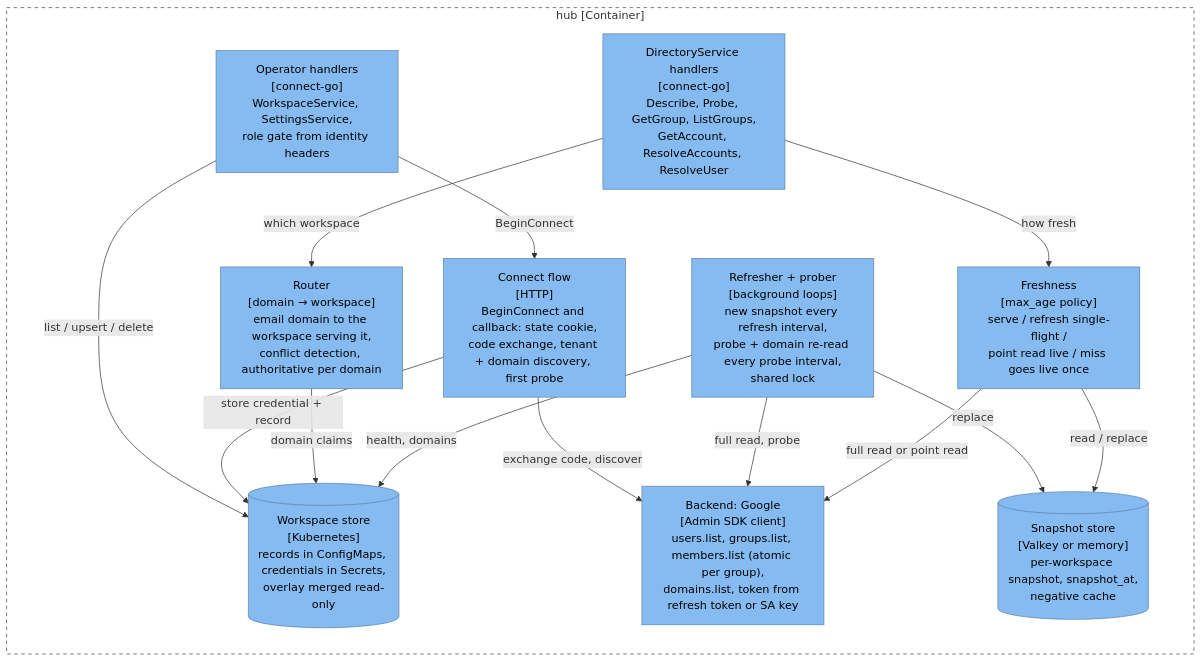
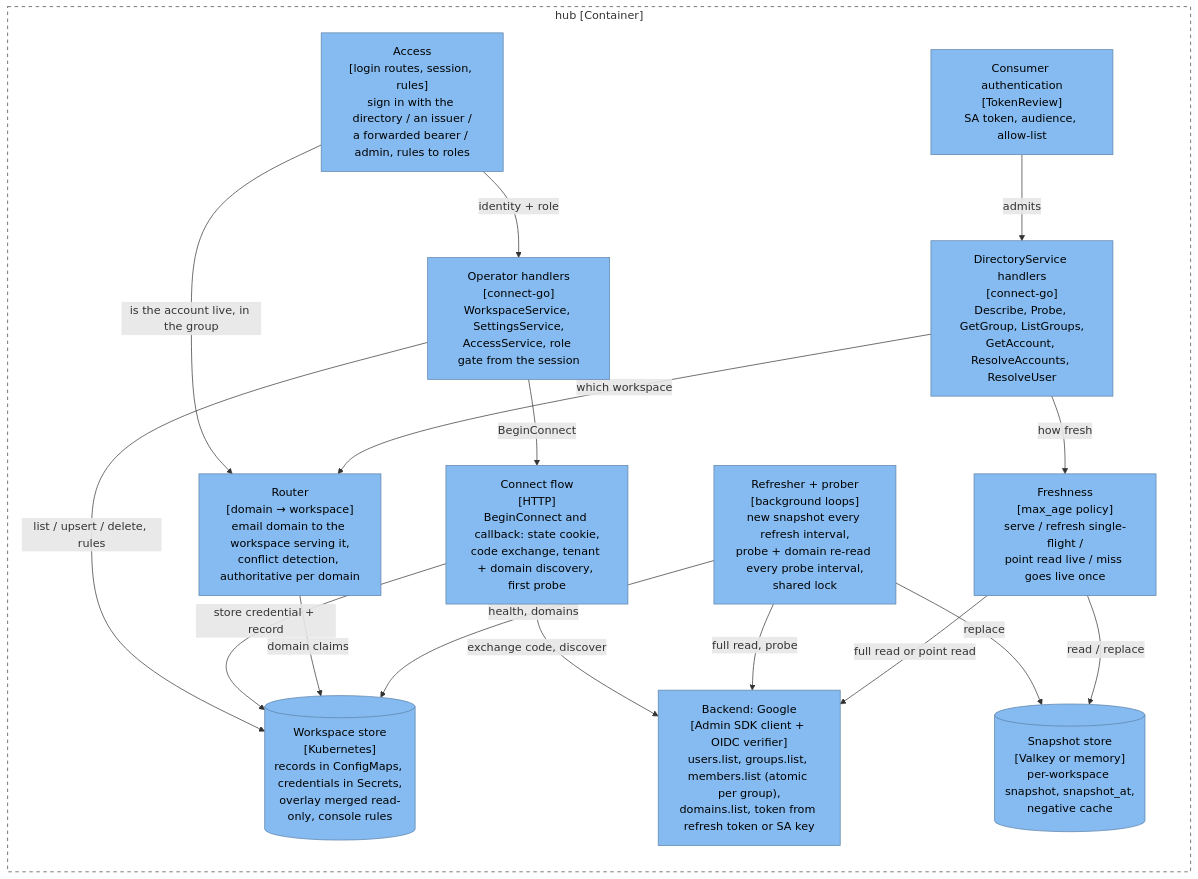
One commit to truvity/access-roster changed the third of 6 diagrams in docs/architecture/hub.md. Above: the diagram before and after it, drawn with Mermaid. The commit also changed other lines of this file and 9 other files, not shown here.

First line of the commit message:
docs: align the hub architecture and contract comments with the access model

````diff
--- a/docs/architecture/hub.md
+++ b/docs/architecture/hub.md
@@ -92,36 +97,41 @@
 ```mermaid
 flowchart TB
   subgraph hub["hub [Container]"]
     direction TB
     dirapi["DirectoryService handlers<br/>[connect-go]<br/>Describe, Probe, GetGroup, ListGroups,<br/>GetAccount, ResolveAccounts, ResolveUser"]:::component
-    opapi["Operator handlers<br/>[connect-go]<br/>WorkspaceService, SettingsService,<br/>role gate from identity headers"]:::component
+    consauth["Consumer authentication<br/>[TokenReview]<br/>SA token, audience, allow-list"]:::component
+    opapi["Operator handlers<br/>[connect-go]<br/>WorkspaceService, SettingsService,<br/>AccessService, role gate from the session"]:::component
+    access["Access<br/>[login routes, session, rules]<br/>sign in with the directory / an issuer /<br/>a forwarded bearer / admin, rules to roles"]:::component
     connect["Connect flow<br/>[HTTP]<br/>BeginConnect and callback: state cookie,<br/>code exchange, tenant + domain discovery, first probe"]:::component
     router["Router<br/>[domain → workspace]<br/>email domain to the workspace serving it,<br/>conflict detection, authoritative per domain"]:::component
     fresh["Freshness<br/>[max_age policy]<br/>serve / refresh single-flight /<br/>point read live / miss goes live once"]:::component
     refresher["Refresher + prober<br/>[background loops]<br/>new snapshot every refresh interval,<br/>probe + domain re-read every probe interval,<br/>shared lock"]:::component
-    wsstore[("Workspace store<br/>[Kubernetes]<br/>records in ConfigMaps, credentials in Secrets,<br/>overlay merged read-only")]:::component
-    backend["Backend: Google<br/>[Admin SDK client]<br/>users.list, groups.list, members.list (atomic per group),<br/>domains.list, token from refresh token or SA key"]:::component
+    wsstore[("Workspace store<br/>[Kubernetes]<br/>records in ConfigMaps, credentials in Secrets,<br/>overlay merged read-only, console rules")]:::component
+    backend["Backend: Google<br/>[Admin SDK client + OIDC verifier]<br/>users.list, groups.list, members.list (atomic per group),<br/>domains.list, token from refresh token or SA key"]:::component
     snap[("Snapshot store<br/>[Valkey or memory]<br/>per-workspace snapshot, snapshot_at,<br/>negative cache")]:::component
   end
 
+  consauth -- "admits" --> dirapi
+  access -- "identity + role" --> opapi
+  access -- "is the account live, in the group" --> router
   opapi -- "BeginConnect" --> connect
-  opapi -- "list / upsert / delete" --> wsstore
+  opapi -- "list / upsert / delete, rules" --> wsstore
   connect -- "store credential + record" --> wsstore
   connect -- "exchange code, discover" --> backend
   dirapi -- "which workspace" --> router
   dirapi -- "how fresh" --> fresh
   router -- "domain claims" --> wsstore
   refresher -- "health, domains" --> wsstore
   refresher -- "full read, probe" --> backend
   refresher -- "replace" --> snap
   fresh -- "full read or point read" --> backend
   fresh -- "read / replace" --> snap
 
   classDef person fill:#08427b,stroke:#052e56,color:#fff
   classDef system fill:#1168bd,stroke:#0b4884,color:#fff
   classDef ext fill:#999999,stroke:#6b6b6b,color:#fff
   classDef container fill:#438dd5,stroke:#2e6295,color:#fff
   classDef component fill:#85bbf0,stroke:#5d82a8,color:#000
   classDef store fill:#438dd5,stroke:#2e6295,color:#fff
   style hub fill:none,stroke:#444,stroke-dasharray:5 5
 ```
````
